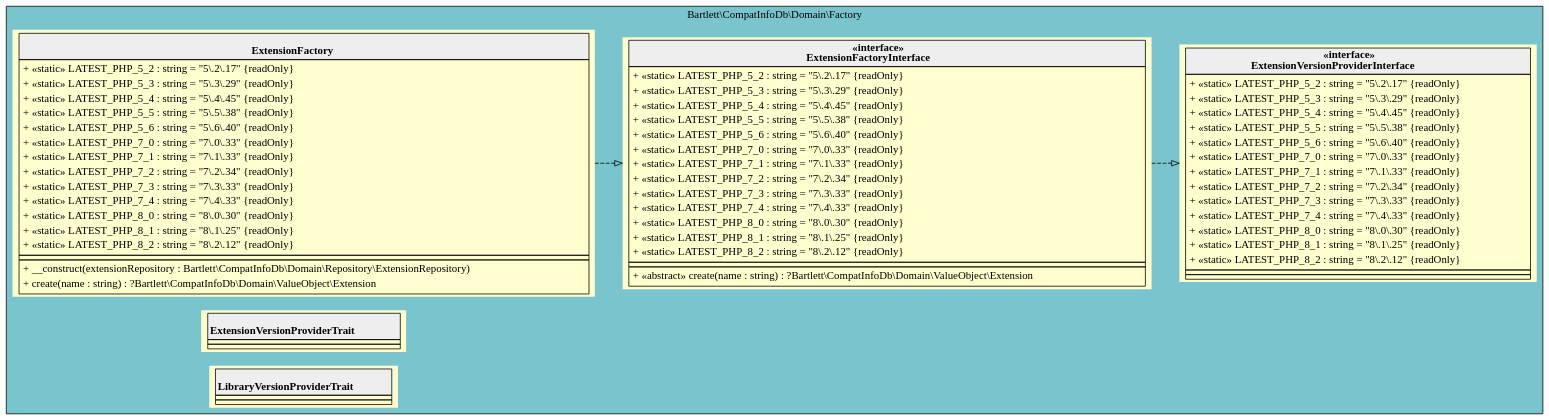
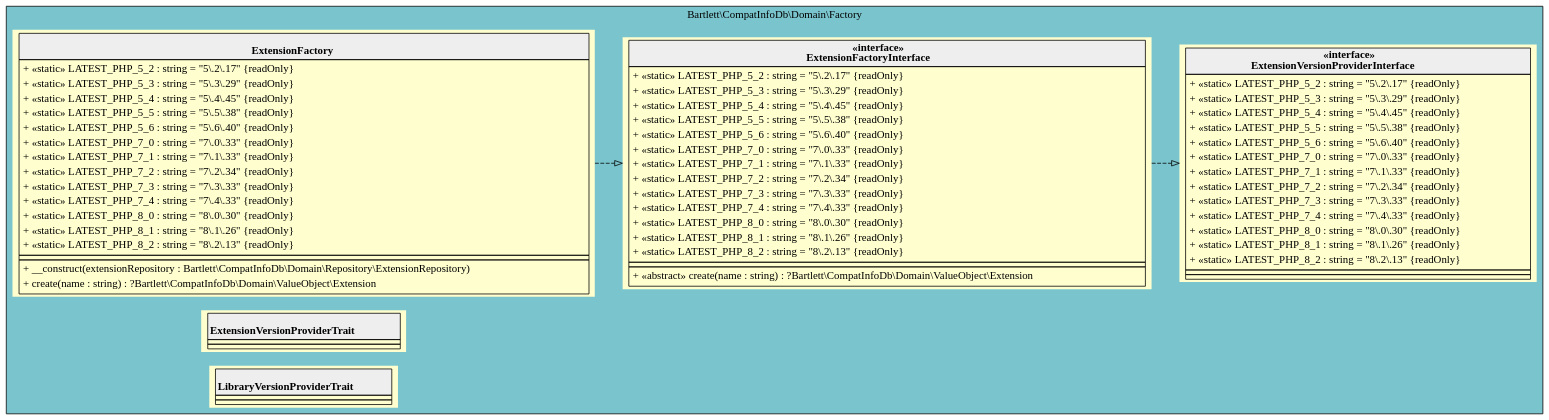
Before and after one commit to llaville/php-compatinfo-db: the diagram in 5.14/assets/images/domain-factory.html.gv, drawn with Graphviz. The commit also changed 26 other files, not shown here.

```diff
--- a/5.14/assets/images/domain-factory.html.gv
+++ b/5.14/assets/images/domain-factory.html.gv
@@ -1,90 +1,90 @@
 digraph {
   graph [rankdir="LR" bgcolor="transparent"]
   node [fillcolor="#FEFECE" style="filled"]
   subgraph cluster_0 {
     graph [bgcolor="cadetblue3"]
     label = "Bartlett\\CompatInfoDb\\Domain\\Factory"
     "Bartlett\\CompatInfoDb\\Domain\\Factory\\ExtensionFactory" [shape="none" label=<
 <table cellspacing="0" border="0" cellborder="1">
     <tr><td bgcolor="#eeeeee"><b><br/>ExtensionFactory</b></td></tr>
     <tr><td><table border="0" cellspacing="0" cellpadding="2">
     <tr><td align="left">+ «static» LATEST_PHP_5_2 : string = "5\.2\.17" {readOnly}</td></tr>
     <tr><td align="left">+ «static» LATEST_PHP_5_3 : string = "5\.3\.29" {readOnly}</td></tr>
     <tr><td align="left">+ «static» LATEST_PHP_5_4 : string = "5\.4\.45" {readOnly}</td></tr>
     <tr><td align="left">+ «static» LATEST_PHP_5_5 : string = "5\.5\.38" {readOnly}</td></tr>
     <tr><td align="left">+ «static» LATEST_PHP_5_6 : string = "5\.6\.40" {readOnly}</td></tr>
     <tr><td align="left">+ «static» LATEST_PHP_7_0 : string = "7\.0\.33" {readOnly}</td></tr>
     <tr><td align="left">+ «static» LATEST_PHP_7_1 : string = "7\.1\.33" {readOnly}</td></tr>
     <tr><td align="left">+ «static» LATEST_PHP_7_2 : string = "7\.2\.34" {readOnly}</td></tr>
     <tr><td align="left">+ «static» LATEST_PHP_7_3 : string = "7\.3\.33" {readOnly}</td></tr>
     <tr><td align="left">+ «static» LATEST_PHP_7_4 : string = "7\.4\.33" {readOnly}</td></tr>
     <tr><td align="left">+ «static» LATEST_PHP_8_0 : string = "8\.0\.30" {readOnly}</td></tr>
-    <tr><td align="left">+ «static» LATEST_PHP_8_1 : string = "8\.1\.25" {readOnly}</td></tr>
-    <tr><td align="left">+ «static» LATEST_PHP_8_2 : string = "8\.2\.12" {readOnly}</td></tr>
+    <tr><td align="left">+ «static» LATEST_PHP_8_1 : string = "8\.1\.26" {readOnly}</td></tr>
+    <tr><td align="left">+ «static» LATEST_PHP_8_2 : string = "8\.2\.13" {readOnly}</td></tr>
 </table></td></tr>
     <tr><td></td></tr>
     <tr><td><table border="0" cellspacing="0" cellpadding="2">
     <tr><td align="left">+ __construct(extensionRepository : Bartlett\\CompatInfoDb\\Domain\\Repository\\ExtensionRepository)</td></tr>
     <tr><td align="left">+ create(name : string) : ?Bartlett\\CompatInfoDb\\Domain\\ValueObject\\Extension</td></tr>
 </table></td></tr>
 </table>>]
     "Bartlett\\CompatInfoDb\\Domain\\Factory\\ExtensionFactoryInterface" [shape="none" label=<
 <table cellspacing="0" border="0" cellborder="1">
     <tr><td bgcolor="#eeeeee"><b>«interface»<br/>ExtensionFactoryInterface</b></td></tr>
     <tr><td><table border="0" cellspacing="0" cellpadding="2">
     <tr><td align="left">+ «static» LATEST_PHP_5_2 : string = "5\.2\.17" {readOnly}</td></tr>
     <tr><td align="left">+ «static» LATEST_PHP_5_3 : string = "5\.3\.29" {readOnly}</td></tr>
     <tr><td align="left">+ «static» LATEST_PHP_5_4 : string = "5\.4\.45" {readOnly}</td></tr>
     <tr><td align="left">+ «static» LATEST_PHP_5_5 : string = "5\.5\.38" {readOnly}</td></tr>
     <tr><td align="left">+ «static» LATEST_PHP_5_6 : string = "5\.6\.40" {readOnly}</td></tr>
     <tr><td align="left">+ «static» LATEST_PHP_7_0 : string = "7\.0\.33" {readOnly}</td></tr>
     <tr><td align="left">+ «static» LATEST_PHP_7_1 : string = "7\.1\.33" {readOnly}</td></tr>
     <tr><td align="left">+ «static» LATEST_PHP_7_2 : string = "7\.2\.34" {readOnly}</td></tr>
     <tr><td align="left">+ «static» LATEST_PHP_7_3 : string = "7\.3\.33" {readOnly}</td></tr>
     <tr><td align="left">+ «static» LATEST_PHP_7_4 : string = "7\.4\.33" {readOnly}</td></tr>
     <tr><td align="left">+ «static» LATEST_PHP_8_0 : string = "8\.0\.30" {readOnly}</td></tr>
-    <tr><td align="left">+ «static» LATEST_PHP_8_1 : string = "8\.1\.25" {readOnly}</td></tr>
-    <tr><td align="left">+ «static» LATEST_PHP_8_2 : string = "8\.2\.12" {readOnly}</td></tr>
+    <tr><td align="left">+ «static» LATEST_PHP_8_1 : string = "8\.1\.26" {readOnly}</td></tr>
+    <tr><td align="left">+ «static» LATEST_PHP_8_2 : string = "8\.2\.13" {readOnly}</td></tr>
 </table></td></tr>
     <tr><td></td></tr>
     <tr><td><table border="0" cellspacing="0" cellpadding="2">
     <tr><td align="left">+ «abstract» create(name : string) : ?Bartlett\\CompatInfoDb\\Domain\\ValueObject\\Extension</td></tr>
 </table></td></tr>
 </table>>]
     "Bartlett\\CompatInfoDb\\Domain\\Factory\\ExtensionVersionProviderInterface" [shape="none" label=<
 <table cellspacing="0" border="0" cellborder="1">
     <tr><td bgcolor="#eeeeee"><b>«interface»<br/>ExtensionVersionProviderInterface</b></td></tr>
     <tr><td><table border="0" cellspacing="0" cellpadding="2">
     <tr><td align="left">+ «static» LATEST_PHP_5_2 : string = "5\.2\.17" {readOnly}</td></tr>
     <tr><td align="left">+ «static» LATEST_PHP_5_3 : string = "5\.3\.29" {readOnly}</td></tr>
     <tr><td align="left">+ «static» LATEST_PHP_5_4 : string = "5\.4\.45" {readOnly}</td></tr>
     <tr><td align="left">+ «static» LATEST_PHP_5_5 : string = "5\.5\.38" {readOnly}</td></tr>
     <tr><td align="left">+ «static» LATEST_PHP_5_6 : string = "5\.6\.40" {readOnly}</td></tr>
     <tr><td align="left">+ «static» LATEST_PHP_7_0 : string = "7\.0\.33" {readOnly}</td></tr>
     <tr><td align="left">+ «static» LATEST_PHP_7_1 : string = "7\.1\.33" {readOnly}</td></tr>
     <tr><td align="left">+ «static» LATEST_PHP_7_2 : string = "7\.2\.34" {readOnly}</td></tr>
     <tr><td align="left">+ «static» LATEST_PHP_7_3 : string = "7\.3\.33" {readOnly}</td></tr>
     <tr><td align="left">+ «static» LATEST_PHP_7_4 : string = "7\.4\.33" {readOnly}</td></tr>
     <tr><td align="left">+ «static» LATEST_PHP_8_0 : string = "8\.0\.30" {readOnly}</td></tr>
-    <tr><td align="left">+ «static» LATEST_PHP_8_1 : string = "8\.1\.25" {readOnly}</td></tr>
-    <tr><td align="left">+ «static» LATEST_PHP_8_2 : string = "8\.2\.12" {readOnly}</td></tr>
+    <tr><td align="left">+ «static» LATEST_PHP_8_1 : string = "8\.1\.26" {readOnly}</td></tr>
+    <tr><td align="left">+ «static» LATEST_PHP_8_2 : string = "8\.2\.13" {readOnly}</td></tr>
 </table></td></tr>
     <tr><td></td></tr>
     <tr><td></td></tr>
 </table>>]
     "Bartlett\\CompatInfoDb\\Domain\\Factory\\ExtensionVersionProviderTrait" [shape="none" label=<
 <table cellspacing="0" border="0" cellborder="1">
     <tr><td bgcolor="#eeeeee"><b><br/>ExtensionVersionProviderTrait</b></td></tr>
     <tr><td></td></tr>
     <tr><td></td></tr>
 </table>>]
     "Bartlett\\CompatInfoDb\\Domain\\Factory\\LibraryVersionProviderTrait" [shape="none" label=<
 <table cellspacing="0" border="0" cellborder="1">
     <tr><td bgcolor="#eeeeee"><b><br/>LibraryVersionProviderTrait</b></td></tr>
     <tr><td></td></tr>
     <tr><td></td></tr>
 </table>>]
   }
   "Bartlett\\CompatInfoDb\\Domain\\Factory\\ExtensionFactoryInterface" -> "Bartlett\\CompatInfoDb\\Domain\\Factory\\ExtensionVersionProviderInterface" [arrowhead="empty" style="dashed"]
   "Bartlett\\CompatInfoDb\\Domain\\Factory\\ExtensionFactory" -> "Bartlett\\CompatInfoDb\\Domain\\Factory\\ExtensionFactoryInterface" [arrowhead="empty" style="dashed"]
 }
```
